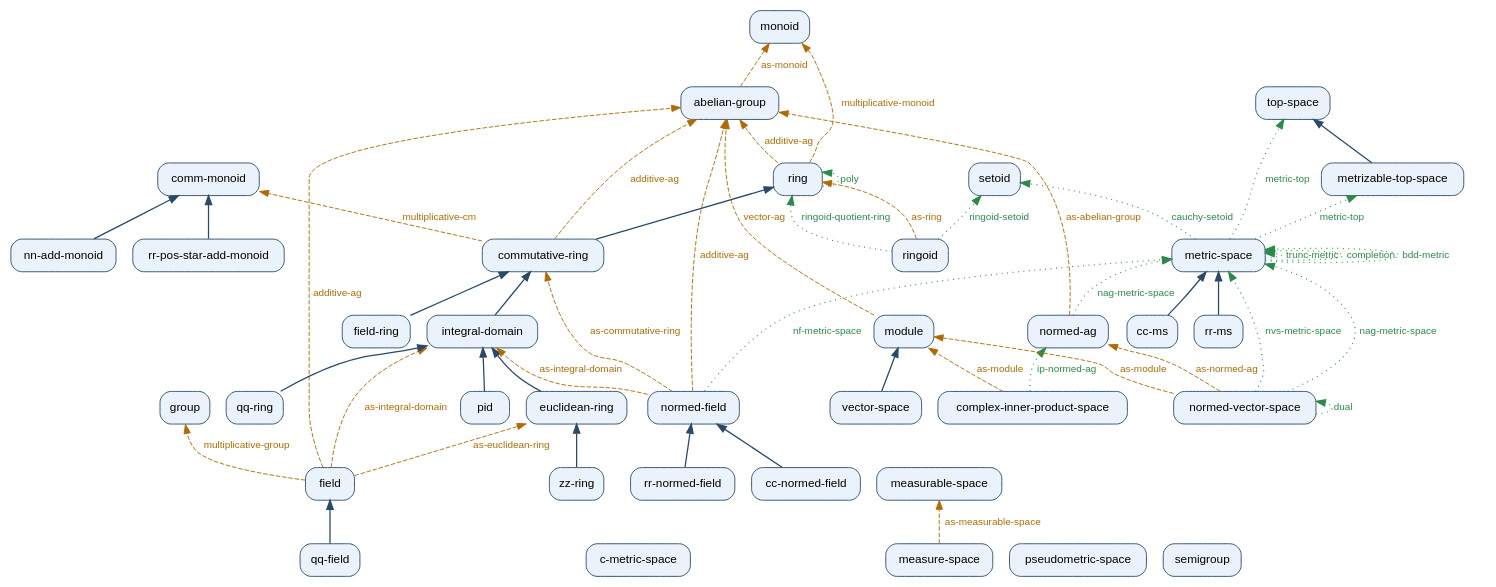
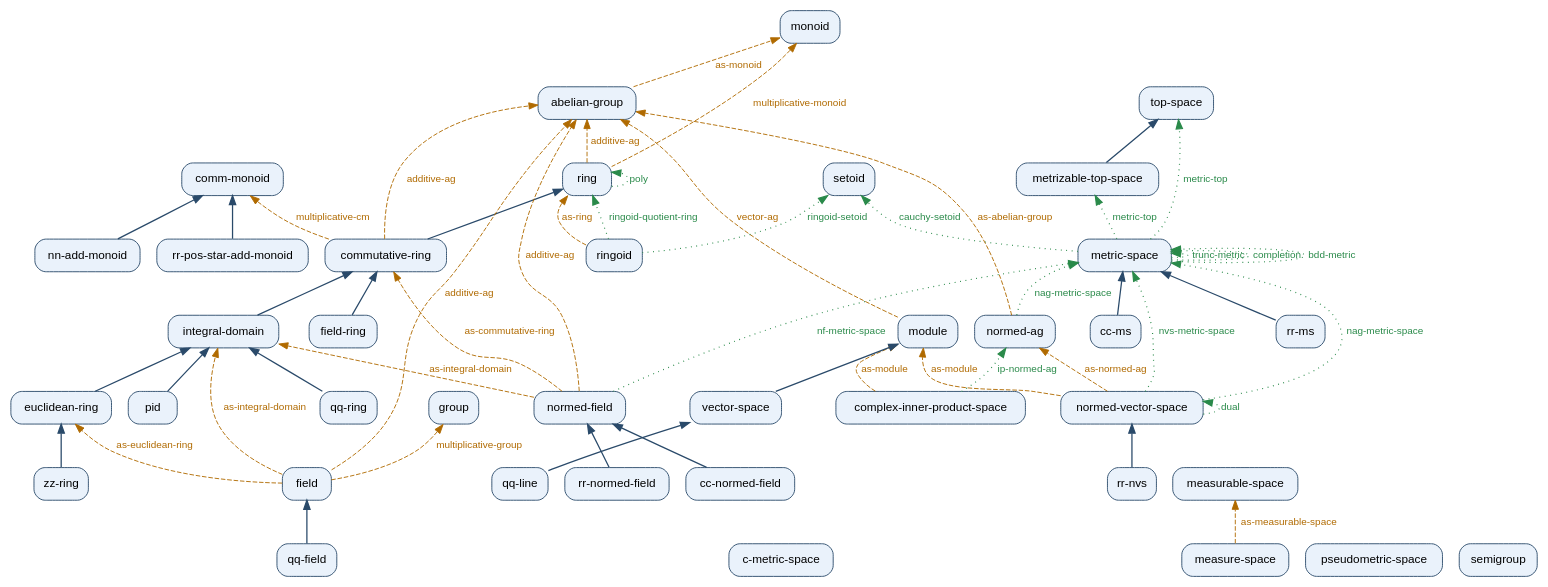
Before and after one commit to JavierThayer/VNB: the diagram in reference/structure-graph.dot, drawn with Graphviz. The commit also changed 93 other files, not shown here.

```diff
--- a/reference/structure-graph.dot
+++ b/reference/structure-graph.dot
@@ -29,11 +29,13 @@
   "pid" [tooltip="pid -- slots (carr add mul neg zero one)", URL="structure-graph.html#pid"];
   "pseudometric-space" [tooltip="pseudometric-space -- slots (pts dist)", URL="structure-graph.html#pseudometric-space"];
   "qq-field" [tooltip="qq-field -- slots (carr add mul neg zero one non-zero recip)", URL="structure-graph.html#qq-field"];
+  "qq-line" [tooltip="qq-line -- slots (scal vec vadd vzero vneg act)", URL="structure-graph.html#qq-line"];
   "qq-ring" [tooltip="qq-ring -- slots (carr add mul neg zero one)", URL="structure-graph.html#qq-ring"];
   "ring" [tooltip="ring -- slots (carr add mul neg zero one)", URL="structure-graph.html#ring"];
   "ringoid" [tooltip="ringoid -- slots (carr add mul neg zero one idl)", URL="structure-graph.html#ringoid"];
   "rr-ms" [tooltip="rr-ms -- slots (pts dist)", URL="structure-graph.html#rr-ms"];
   "rr-normed-field" [tooltip="rr-normed-field -- slots (carr add mul neg zero one fnrm)", URL="structure-graph.html#rr-normed-field"];
+  "rr-nvs" [tooltip="rr-nvs -- slots (scal vec vadd vzero vneg act vnrm)", URL="structure-graph.html#rr-nvs"];
   "rr-pos-star-add-monoid" [tooltip="rr-pos-star-add-monoid -- slots (carr opr iden)", URL="structure-graph.html#rr-pos-star-add-monoid"];
   "semigroup" [tooltip="semigroup -- slots (carr opr)", URL="structure-graph.html#semigroup"];
   "setoid" [tooltip="setoid -- slots (pts rel)", URL="structure-graph.html#setoid"];
@@ -42,28 +44,30 @@
   "zz-ring" [tooltip="zz-ring -- slots (carr add mul neg zero one)", URL="structure-graph.html#zz-ring"];
 
   // refines (specialisation): child -> parent
+  "cc-ms" -> "metric-space" [color="#2a4a6a", penwidth=1.4, tooltip="cc-ms refines metric-space"];
+  "cc-normed-field" -> "normed-field" [color="#2a4a6a", penwidth=1.4, tooltip="cc-normed-field refines normed-field"];
+  "zz-ring" -> "euclidean-ring" [color="#2a4a6a", penwidth=1.4, tooltip="zz-ring refines euclidean-ring"];
+  "rr-nvs" -> "normed-vector-space" [color="#2a4a6a", penwidth=1.4, tooltip="rr-nvs refines normed-vector-space"];
+  "rr-pos-star-add-monoid" -> "comm-monoid" [color="#2a4a6a", penwidth=1.4, tooltip="rr-pos-star-add-monoid refines comm-monoid"];
+  "qq-ring" -> "integral-domain" [color="#2a4a6a", penwidth=1.4, tooltip="qq-ring refines integral-domain"];
+  "vector-space" -> "module" [color="#2a4a6a", penwidth=1.4, tooltip="vector-space refines module"];
+  "nn-add-monoid" -> "comm-monoid" [color="#2a4a6a", penwidth=1.4, tooltip="nn-add-monoid refines comm-monoid"];
+  "commutative-ring" -> "ring" [color="#2a4a6a", penwidth=1.4, tooltip="commutative-ring refines ring"];
+  "pid" -> "integral-domain" [color="#2a4a6a", penwidth=1.4, tooltip="pid refines integral-domain"];
+  "field-ring" -> "commutative-ring" [color="#2a4a6a", penwidth=1.4, tooltip="field-ring refines commutative-ring"];
+  "integral-domain" -> "commutative-ring" [color="#2a4a6a", penwidth=1.4, tooltip="integral-domain refines commutative-ring"];
+  "qq-line" -> "vector-space" [color="#2a4a6a", penwidth=1.4, tooltip="qq-line refines vector-space"];
+  "rr-normed-field" -> "normed-field" [color="#2a4a6a", penwidth=1.4, tooltip="rr-normed-field refines normed-field"];
+  "qq-field" -> "field" [color="#2a4a6a", penwidth=1.4, tooltip="qq-field refines field"];
+  "euclidean-ring" -> "integral-domain" [color="#2a4a6a", penwidth=1.4, tooltip="euclidean-ring refines integral-domain"];
   "metrizable-top-space" -> "top-space" [color="#2a4a6a", penwidth=1.4, tooltip="metrizable-top-space refines top-space"];
   "rr-ms" -> "metric-space" [color="#2a4a6a", penwidth=1.4, tooltip="rr-ms refines metric-space"];
-  "qq-field" -> "field" [color="#2a4a6a", penwidth=1.4, tooltip="qq-field refines field"];
-  "pid" -> "integral-domain" [color="#2a4a6a", penwidth=1.4, tooltip="pid refines integral-domain"];
-  "rr-normed-field" -> "normed-field" [color="#2a4a6a", penwidth=1.4, tooltip="rr-normed-field refines normed-field"];
-  "commutative-ring" -> "ring" [color="#2a4a6a", penwidth=1.4, tooltip="commutative-ring refines ring"];
-  "cc-normed-field" -> "normed-field" [color="#2a4a6a", penwidth=1.4, tooltip="cc-normed-field refines normed-field"];
-  "zz-ring" -> "euclidean-ring" [color="#2a4a6a", penwidth=1.4, tooltip="zz-ring refines euclidean-ring"];
-  "nn-add-monoid" -> "comm-monoid" [color="#2a4a6a", penwidth=1.4, tooltip="nn-add-monoid refines comm-monoid"];
-  "field-ring" -> "commutative-ring" [color="#2a4a6a", penwidth=1.4, tooltip="field-ring refines commutative-ring"];
-  "vector-space" -> "module" [color="#2a4a6a", penwidth=1.4, tooltip="vector-space refines module"];
-  "euclidean-ring" -> "integral-domain" [color="#2a4a6a", penwidth=1.4, tooltip="euclidean-ring refines integral-domain"];
-  "rr-pos-star-add-monoid" -> "comm-monoid" [color="#2a4a6a", penwidth=1.4, tooltip="rr-pos-star-add-monoid refines comm-monoid"];
-  "integral-domain" -> "commutative-ring" [color="#2a4a6a", penwidth=1.4, tooltip="integral-domain refines commutative-ring"];
-  "cc-ms" -> "metric-space" [color="#2a4a6a", penwidth=1.4, tooltip="cc-ms refines metric-space"];
-  "qq-ring" -> "integral-domain" [color="#2a4a6a", penwidth=1.4, tooltip="qq-ring refines integral-domain"];
 
   // view-as (forgetful / component maps): source -> target
   "field" -> "euclidean-ring" [style=dashed, color="#b06a00", fontcolor="#b06a00", label="as-euclidean-ring", tooltip="field-as-euclidean-ring :  field -> euclidean-ring    (carr add mul neg zero one) |-> (carr add mul neg zero one)", URL="structure-graph.html#views"];
   "commutative-ring" -> "comm-monoid" [style=dashed, color="#b06a00", fontcolor="#b06a00", label="multiplicative-cm", tooltip="commutative-ring-multiplicative-cm :  commutative-ring -> comm-monoid    (carr mul one) |-> (carr opr iden)", URL="structure-graph.html#views"];
+  "complex-inner-product-space" -> "module" [style=dashed, color="#b06a00", fontcolor="#b06a00", label="as-module", tooltip="complex-inner-product-space-as-module :  complex-inner-product-space -> module    (scal vec vadd vzero vneg act) |-> (scal vec vadd vzero vneg act)", URL="structure-graph.html#views"];
   "ring" -> "abelian-group" [style=dashed, color="#b06a00", fontcolor="#b06a00", label="additive-ag", tooltip="ring-additive-ag :  ring -> abelian-group    (carr add zero neg) |-> (carr opr iden inv)", URL="structure-graph.html#views"];
-  "complex-inner-product-space" -> "module" [style=dashed, color="#b06a00", fontcolor="#b06a00", label="as-module", tooltip="complex-inner-product-space-as-module :  complex-inner-product-space -> module    (scal vec vadd vzero vneg act) |-> (scal vec vadd vzero vneg act)", URL="structure-graph.html#views"];
   "commutative-ring" -> "abelian-group" [style=dashed, color="#b06a00", fontcolor="#b06a00", label="additive-ag", tooltip="commutative-ring-additive-ag :  commutative-ring -> abelian-group    (carr add zero neg) |-> (carr opr iden inv)", URL="structure-graph.html#views"];
   "ringoid" -> "ring" [style=dashed, color="#b06a00", fontcolor="#b06a00", label="as-ring", tooltip="ringoid-as-ring :  ringoid -> ring    (carr add mul neg zero one) |-> (carr add mul neg zero one)", URL="structure-graph.html#views"];
   "abelian-group" -> "monoid" [style=dashed, color="#b06a00", fontcolor="#b06a00", label="as-monoid", tooltip="abelian-group-as-monoid :  abelian-group -> monoid    (carr opr iden) |-> (carr opr iden)", URL="structure-graph.html#views"];
```
